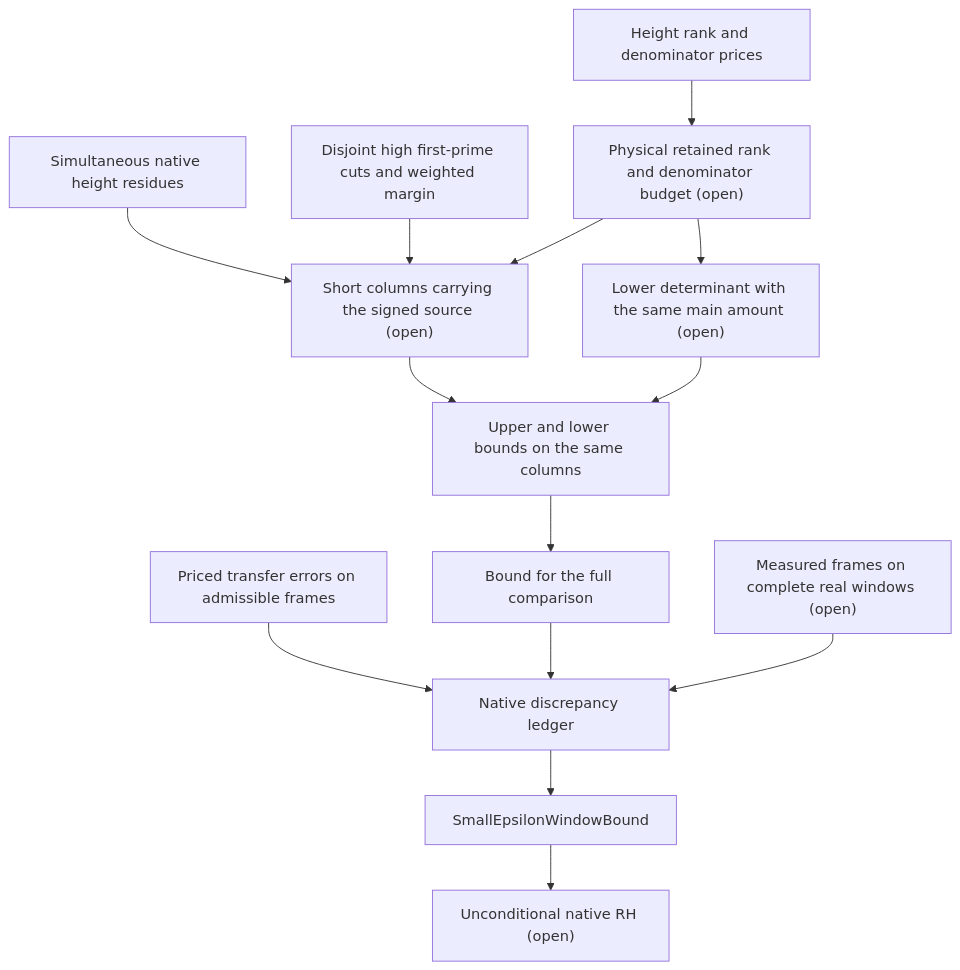
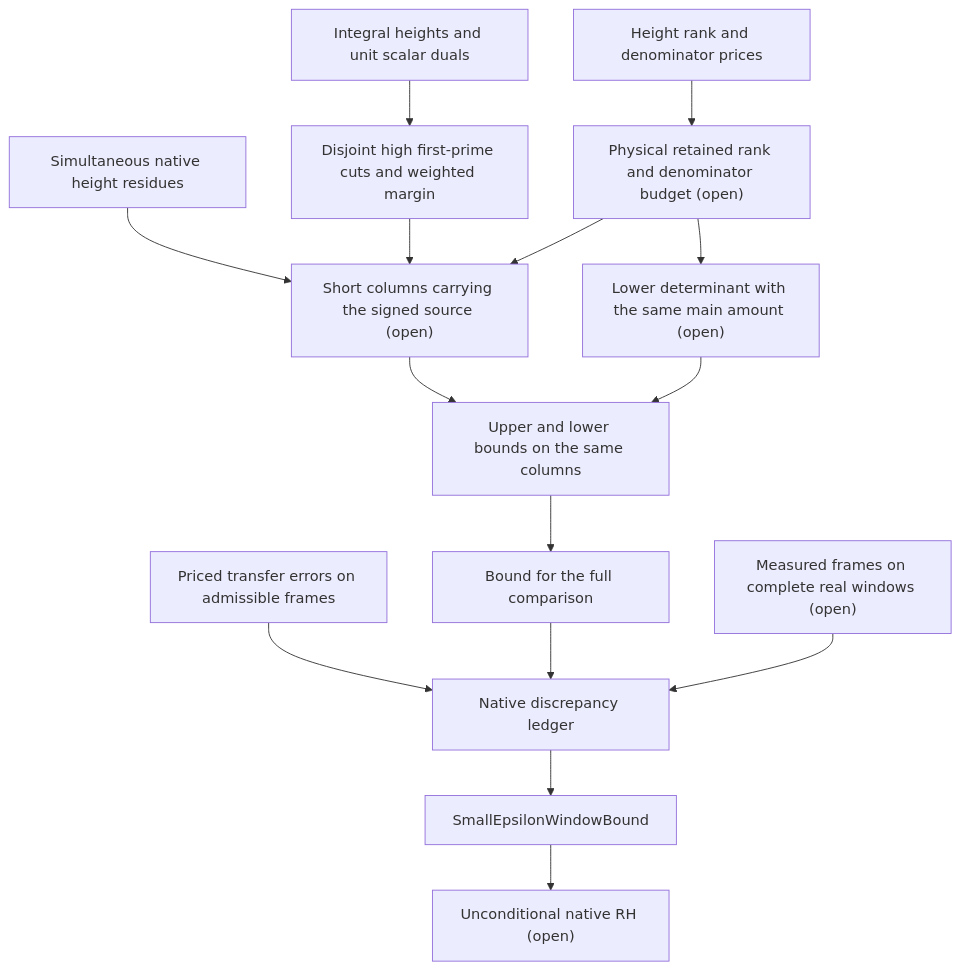
The diagram in research/NATIVE_QUANTITATIVE_DISCREPANCY_LEDGER_20261125.md (OVVO-Financial/RH_Lean), drawn with Mermaid before and after one commit. The commit also changed other lines of this file and 4 other files, not shown here.

Commit message:
Realize unit scalar duals at all depths on one injective square-clock profile

````diff
--- a/research/NATIVE_QUANTITATIVE_DISCREPANCY_LEDGER_20261125.md
+++ b/research/NATIVE_QUANTITATIVE_DISCREPANCY_LEDGER_20261125.md
@@ -362,16 +372,17 @@
 ```mermaid
 flowchart TD
     R["Simultaneous native height residues"] --> A["Short columns carrying the signed source (open)"]
     K["Height rank and denominator prices"] --> B["Physical retained rank and denominator budget (open)"]
-    P["Disjoint high first-prime cuts and weighted margin"] --> A
+    T["Integral heights and unit scalar duals"] --> P["Disjoint high first-prime cuts and weighted margin"]
+    P --> A
     B --> A
     B --> C["Lower determinant with the same main amount (open)"]
     A --> S["Upper and lower bounds on the same columns"]
     C --> S
     S --> E["Bound for the full comparison"]
     D["Priced transfer errors on admissible frames"] --> F["Native discrepancy ledger"]
     E --> F
     W["Measured frames on complete real windows (open)"] --> F
     F --> H["SmallEpsilonWindowBound"]
     H --> Z["Unconditional native RH (open)"]
 ```
````
